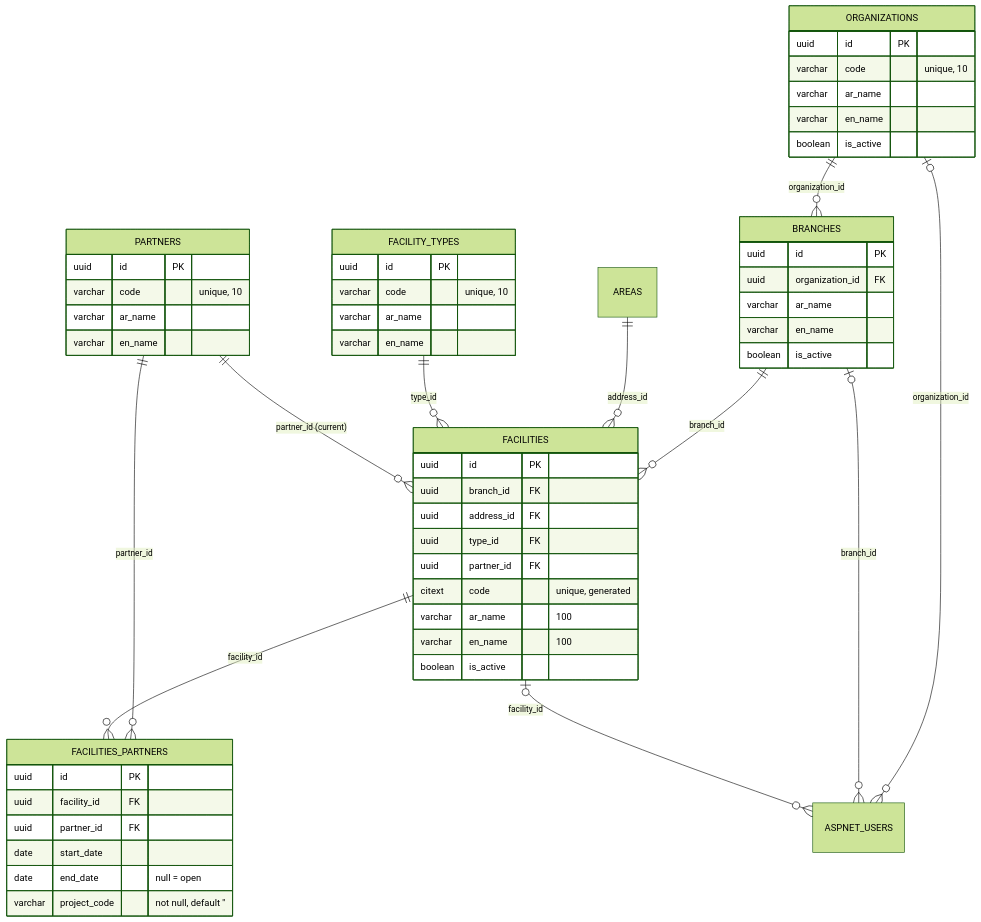
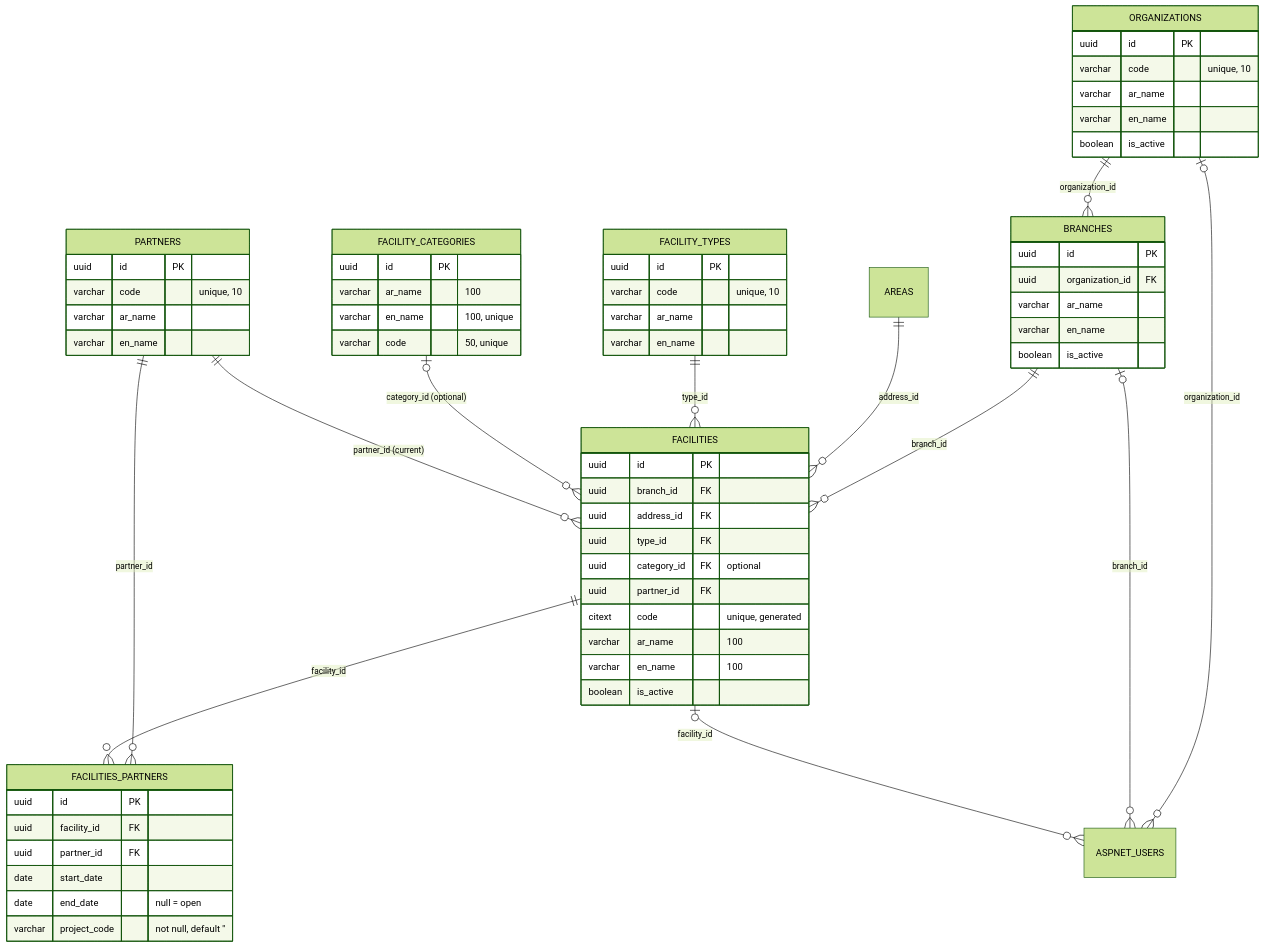
The second of 4 diagrams in docs/02-design/erd.md (AHMADARBASH/SBRS), drawn with Mermaid (forest theme) before and after one commit. The commit also changed 28 other files, not shown here.

Commit message:
add facility category entity

````diff
--- a/docs/02-design/erd.md
+++ b/docs/02-design/erd.md
@@ -51,59 +51,67 @@
 ```mermaid
 erDiagram
     ORGANIZATIONS ||--o{ BRANCHES : "organization_id"
     BRANCHES ||--o{ FACILITIES : "branch_id"
     AREAS ||--o{ FACILITIES : "address_id"
     FACILITY_TYPES ||--o{ FACILITIES : "type_id"
+    FACILITY_CATEGORIES |o--o{ FACILITIES : "category_id (optional)"
     PARTNERS ||--o{ FACILITIES : "partner_id (current)"
     PARTNERS ||--o{ FACILITIES_PARTNERS : "partner_id"
     FACILITIES ||--o{ FACILITIES_PARTNERS : "facility_id"
     ORGANIZATIONS |o--o{ ASPNET_USERS : "organization_id"
     BRANCHES |o--o{ ASPNET_USERS : "branch_id"
     FACILITIES |o--o{ ASPNET_USERS : "facility_id"
 
     ORGANIZATIONS {
         uuid id PK
         varchar code "unique, 10"
         varchar ar_name
         varchar en_name
         boolean is_active
     }
     BRANCHES {
         uuid id PK
         uuid organization_id FK
         varchar ar_name
         varchar en_name
         boolean is_active
     }
     FACILITIES {
         uuid id PK
         uuid branch_id FK
         uuid address_id FK
         uuid type_id FK
+        uuid category_id FK "optional"
         uuid partner_id FK
         citext code "unique, generated"
         varchar ar_name "100"
         varchar en_name "100"
         boolean is_active
     }
     FACILITY_TYPES {
         uuid id PK
         varchar code "unique, 10"
         varchar ar_name
         varchar en_name
+    }
+    FACILITY_CATEGORIES {
+        uuid id PK
+        varchar ar_name "100"
+        varchar en_name "100, unique"
+        varchar code "50, unique"
     }
     PARTNERS {
         uuid id PK
         varchar code "unique, 10"
         varchar ar_name
         varchar en_name
     }
     FACILITIES_PARTNERS {
         uuid id PK
         uuid facility_id FK
         uuid partner_id FK
         date start_date
         date end_date "null = open"
         varchar project_code "not null, default ''"
     }
 ```
````
